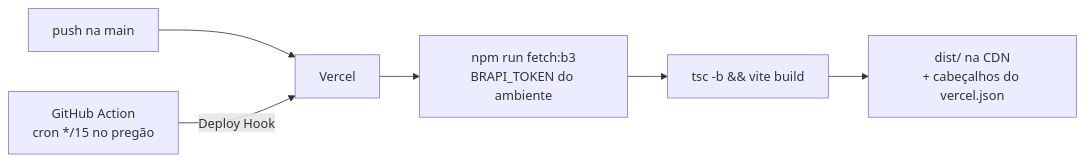
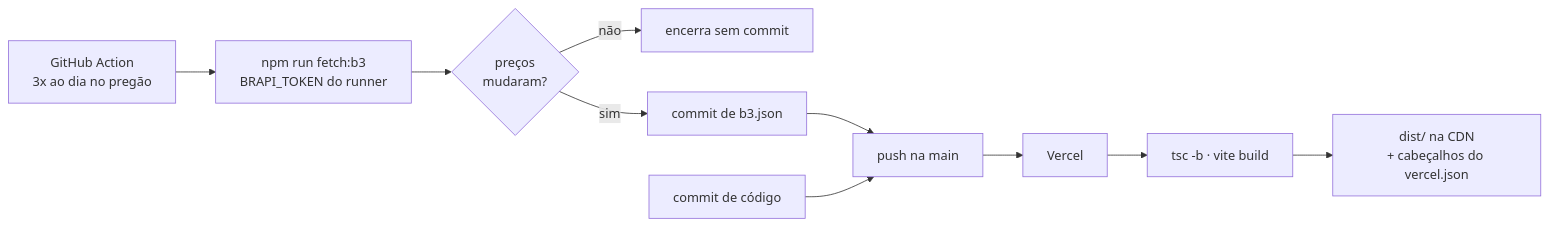
Before and after one commit to cielioqueiroz/calculadora-investimentos: the fifth of 5 diagrams in README.md, drawn with Mermaid. The commit also changed other lines of this file and 8 other files, not shown here.

````diff
--- a/README.md
+++ b/README.md
@@ -284,8 +284,12 @@
 ```mermaid
 flowchart LR
-    P["push na main"] --> V["Vercel"]
-    C["GitHub Action<br/>cron */15 no pregão"] -->|Deploy Hook| V
-    V --> F["npm run fetch:b3<br/>BRAPI_TOKEN do ambiente"]
-    F --> B["tsc -b && vite build"]
-    B --> D["dist/ na CDN<br/>+ cabeçalhos do vercel.json"]
+    A["GitHub Action<br/>3x ao dia no pregão"] --> F["npm run fetch:b3<br/>BRAPI_TOKEN do runner"]
+    F --> Q{preços<br/>mudaram?}
+    Q -->|não| X["encerra sem commit"]
+    Q -->|sim| C["commit de b3.json"]
+    C --> P["push na main"]
+    D["commit de código"] --> P
+    P --> V["Vercel"]
+    V --> B["tsc -b · vite build"]
+    B --> O["dist/ na CDN<br/>+ cabeçalhos do vercel.json"]
 ```
````
